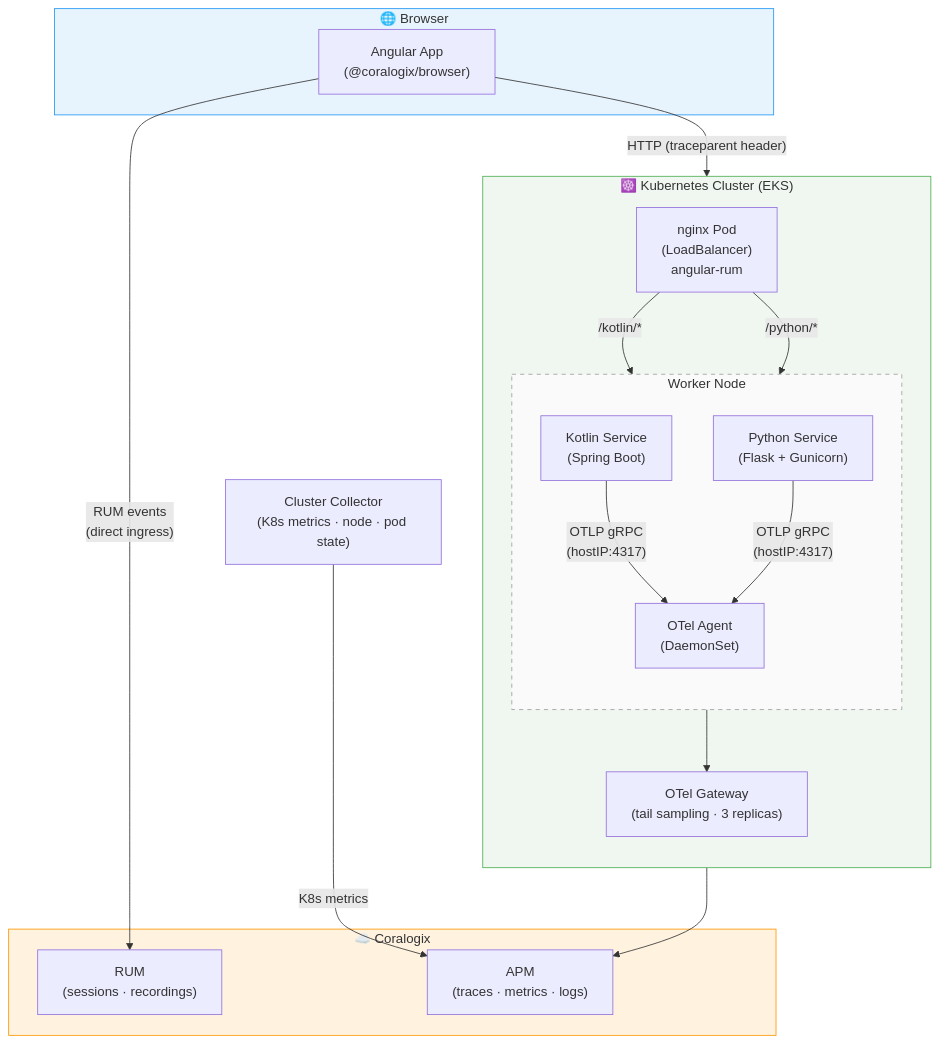
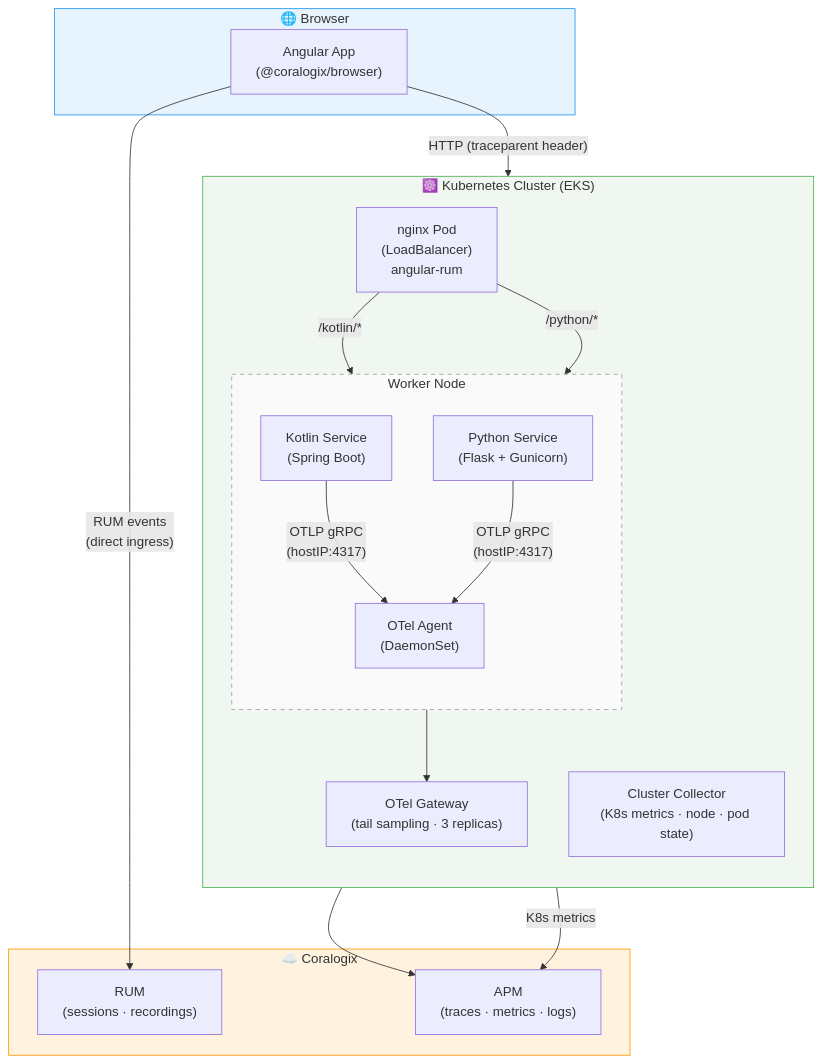
The diagram in README.md (kenan435/insurance-direct), drawn with Mermaid before and after one commit.

Commit message:
README: move cluster collector inside K8s subgraph

````diff
--- a/README.md
+++ b/README.md
@@ -9,42 +9,41 @@
 ```mermaid
 flowchart TB
     subgraph Browser["🌐 Browser"]
         Angular["Angular App\n(@coralogix/browser)"]
     end
 
     subgraph K8s["☸️ Kubernetes Cluster (EKS)"]
         direction TB
         nginx["nginx Pod\n(LoadBalancer)\nangular-rum"]
 
         subgraph Node["Worker Node"]
             direction TB
             Kotlin["Kotlin Service\n(Spring Boot)"]
             Python["Python Service\n(Flask + Gunicorn)"]
             Agent["OTel Agent\n(DaemonSet)"]
         end
 
         Gateway["OTel Gateway\n(tail sampling · 3 replicas)"]
+        ClusterCollector["Cluster Collector\n(K8s metrics · node · pod state)"]
     end
-
-    ClusterCollector["Cluster Collector\n(K8s metrics · node · pod state)"]
 
     subgraph Coralogix["☁️ Coralogix"]
         RUM["RUM\n(sessions · recordings)"]
         APM["APM\n(traces · metrics · logs)"]
     end
 
     Angular -- "HTTP (traceparent header)" --> nginx
     nginx -- "/kotlin/*" --> Kotlin
     nginx -- "/python/*" --> Python
     Kotlin -- "OTLP gRPC\n(hostIP:4317)" --> Agent
     Python -- "OTLP gRPC\n(hostIP:4317)" --> Agent
     Agent --> Gateway
     Gateway --> APM
     ClusterCollector -- "K8s metrics" --> APM
     Angular -- "RUM events\n(direct ingress)" --> RUM
 
     style Browser fill:#e8f4fd,stroke:#2196f3
     style K8s fill:#f0f7f0,stroke:#4caf50
     style Coralogix fill:#fff3e0,stroke:#ff9800
     style Node fill:#fafafa,stroke:#9e9e9e,stroke-dasharray:5 5
 ```
````
